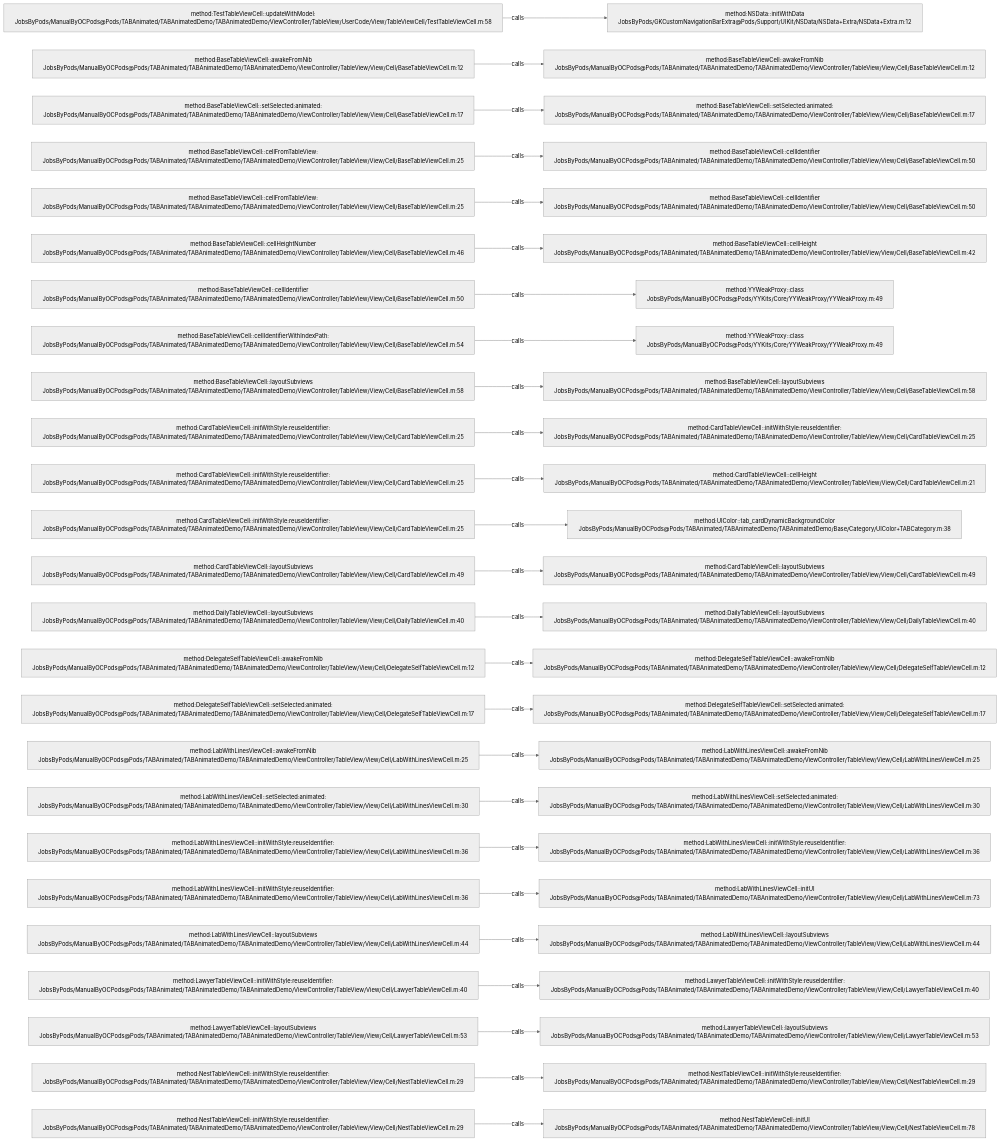
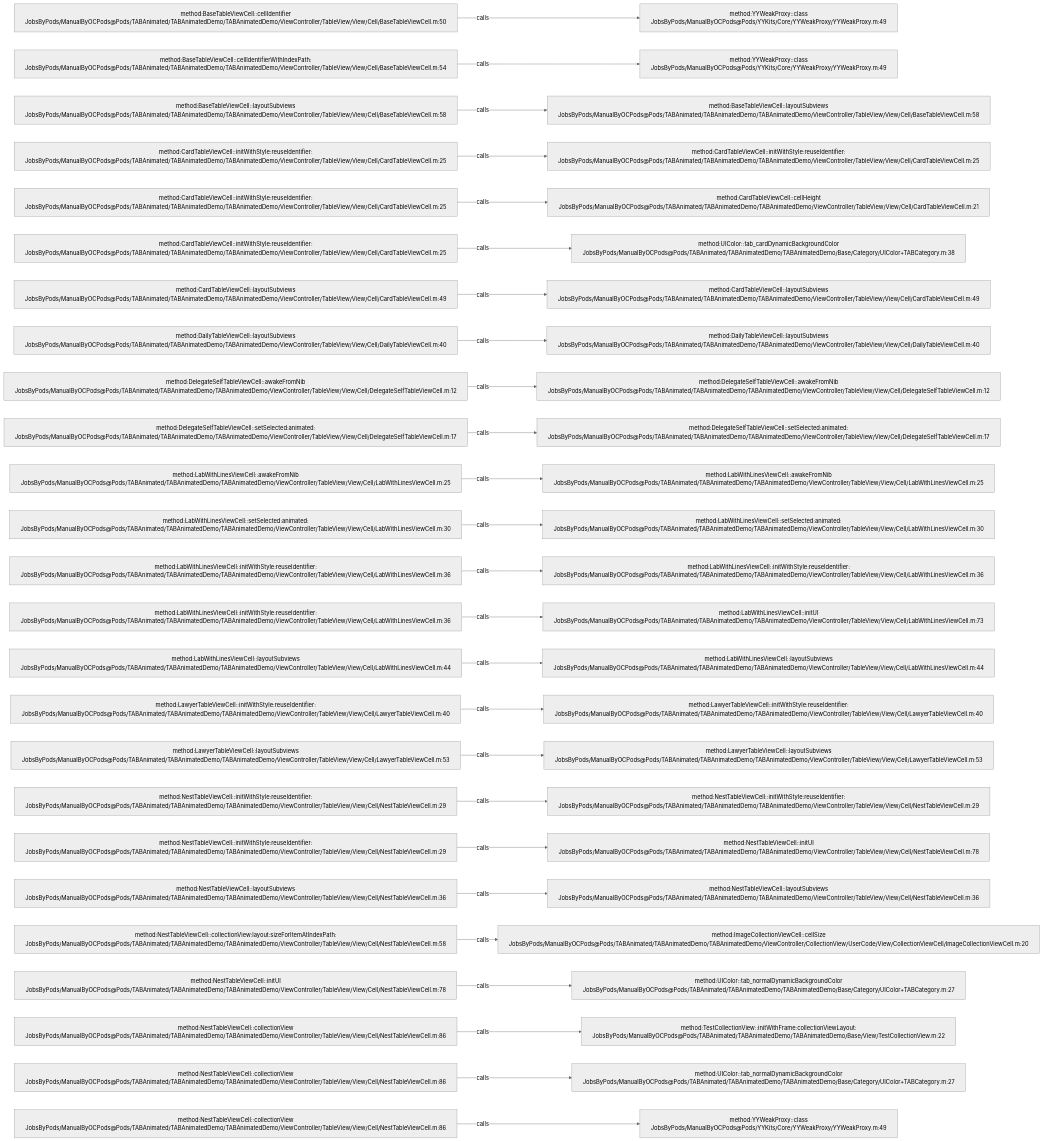
One commit to JobsKits/JobsOCBaseConfigDemo changed the diagram in .codegraph/codegraph.md/graphs/calls-059.md. Above: the diagram before and after it, drawn with Mermaid (neutral theme). The commit also changed 666 other files, not shown here.

````diff
--- a/.codegraph/codegraph.md/graphs/calls-059.md
+++ b/.codegraph/codegraph.md/graphs/calls-059.md
@@ -13,78 +13,78 @@
 ```mermaid
 flowchart LR
-  S1["method:TestTableViewCell::updateWithModel:<br/>JobsByPods/ManualByOCPods@Pods/TABAnimated/TABAnimatedDemo/TABAnimatedDemo/ViewController/TableView/UserCode/View/TableViewCell/TestTableViewCell.m:58"]
-  T1["method:NSData::initWithData<br/>JobsByPods/GKCustomNavigationBarExtra@Pods/Support/UIKit/NSData/NSData+Extra/NSData+Extra.m:12"]
+  S1["method:BaseTableViewCell::cellIdentifier<br/>JobsByPods/ManualByOCPods@Pods/TABAnimated/TABAnimatedDemo/TABAnimatedDemo/ViewController/TableView/View/Cell/BaseTableViewCell.m:50"]
+  T1["method:YYWeakProxy::class<br/>JobsByPods/ManualByOCPods@Pods/YYKits/Core/YYWeakProxy/YYWeakProxy.m:49"]
   S1 -->|calls| T1
-  S2["method:BaseTableViewCell::awakeFromNib<br/>JobsByPods/ManualByOCPods@Pods/TABAnimated/TABAnimatedDemo/TABAnimatedDemo/ViewController/TableView/View/Cell/BaseTableViewCell.m:12"]
-  T2["method:BaseTableViewCell::awakeFromNib<br/>JobsByPods/ManualByOCPods@Pods/TABAnimated/TABAnimatedDemo/TABAnimatedDemo/ViewController/TableView/View/Cell/BaseTableViewCell.m:12"]
+  S2["method:BaseTableViewCell::cellIdentifierWithIndexPath:<br/>JobsByPods/ManualByOCPods@Pods/TABAnimated/TABAnimatedDemo/TABAnimatedDemo/ViewController/TableView/View/Cell/BaseTableViewCell.m:54"]
+  T2["method:YYWeakProxy::class<br/>JobsByPods/ManualByOCPods@Pods/YYKits/Core/YYWeakProxy/YYWeakProxy.m:49"]
   S2 -->|calls| T2
-  S3["method:BaseTableViewCell::setSelected:animated:<br/>JobsByPods/ManualByOCPods@Pods/TABAnimated/TABAnimatedDemo/TABAnimatedDemo/ViewController/TableView/View/Cell/BaseTableViewCell.m:17"]
-  T3["method:BaseTableViewCell::setSelected:animated:<br/>JobsByPods/ManualByOCPods@Pods/TABAnimated/TABAnimatedDemo/TABAnimatedDemo/ViewController/TableView/View/Cell/BaseTableViewCell.m:17"]
+  S3["method:BaseTableViewCell::layoutSubviews<br/>JobsByPods/ManualByOCPods@Pods/TABAnimated/TABAnimatedDemo/TABAnimatedDemo/ViewController/TableView/View/Cell/BaseTableViewCell.m:58"]
+  T3["method:BaseTableViewCell::layoutSubviews<br/>JobsByPods/ManualByOCPods@Pods/TABAnimated/TABAnimatedDemo/TABAnimatedDemo/ViewController/TableView/View/Cell/BaseTableViewCell.m:58"]
   S3 -->|calls| T3
-  S4["method:BaseTableViewCell::cellFromTableView:<br/>JobsByPods/ManualByOCPods@Pods/TABAnimated/TABAnimatedDemo/TABAnimatedDemo/ViewController/TableView/View/Cell/BaseTableViewCell.m:25"]
-  T4["method:BaseTableViewCell::cellIdentifier<br/>JobsByPods/ManualByOCPods@Pods/TABAnimated/TABAnimatedDemo/TABAnimatedDemo/ViewController/TableView/View/Cell/BaseTableViewCell.m:50"]
+  S4["method:CardTableViewCell::initWithStyle:reuseIdentifier:<br/>JobsByPods/ManualByOCPods@Pods/TABAnimated/TABAnimatedDemo/TABAnimatedDemo/ViewController/TableView/View/Cell/CardTableViewCell.m:25"]
+  T4["method:CardTableViewCell::initWithStyle:reuseIdentifier:<br/>JobsByPods/ManualByOCPods@Pods/TABAnimated/TABAnimatedDemo/TABAnimatedDemo/ViewController/TableView/View/Cell/CardTableViewCell.m:25"]
   S4 -->|calls| T4
-  S5["method:BaseTableViewCell::cellFromTableView:<br/>JobsByPods/ManualByOCPods@Pods/TABAnimated/TABAnimatedDemo/TABAnimatedDemo/ViewController/TableView/View/Cell/BaseTableViewCell.m:25"]
-  T5["method:BaseTableViewCell::cellIdentifier<br/>JobsByPods/ManualByOCPods@Pods/TABAnimated/TABAnimatedDemo/TABAnimatedDemo/ViewController/TableView/View/Cell/BaseTableViewCell.m:50"]
+  S5["method:CardTableViewCell::initWithStyle:reuseIdentifier:<br/>JobsByPods/ManualByOCPods@Pods/TABAnimated/TABAnimatedDemo/TABAnimatedDemo/ViewController/TableView/View/Cell/CardTableViewCell.m:25"]
+  T5["method:CardTableViewCell::cellHeight<br/>JobsByPods/ManualByOCPods@Pods/TABAnimated/TABAnimatedDemo/TABAnimatedDemo/ViewController/TableView/View/Cell/CardTableViewCell.m:21"]
   S5 -->|calls| T5
-  S6["method:BaseTableViewCell::cellHeightNumber<br/>JobsByPods/ManualByOCPods@Pods/TABAnimated/TABAnimatedDemo/TABAnimatedDemo/ViewController/TableView/View/Cell/BaseTableViewCell.m:46"]
-  T6["method:BaseTableViewCell::cellHeight<br/>JobsByPods/ManualByOCPods@Pods/TABAnimated/TABAnimatedDemo/TABAnimatedDemo/ViewController/TableView/View/Cell/BaseTableViewCell.m:42"]
+  S6["method:CardTableViewCell::initWithStyle:reuseIdentifier:<br/>JobsByPods/ManualByOCPods@Pods/TABAnimated/TABAnimatedDemo/TABAnimatedDemo/ViewController/TableView/View/Cell/CardTableViewCell.m:25"]
+  T6["method:UIColor::tab_cardDynamicBackgroundColor<br/>JobsByPods/ManualByOCPods@Pods/TABAnimated/TABAnimatedDemo/TABAnimatedDemo/Base/Category/UIColor+TABCategory.m:38"]
   S6 -->|calls| T6
-  S7["method:BaseTableViewCell::cellIdentifier<br/>JobsByPods/ManualByOCPods@Pods/TABAnimated/TABAnimatedDemo/TABAnimatedDemo/ViewController/TableView/View/Cell/BaseTableViewCell.m:50"]
-  T7["method:YYWeakProxy::class<br/>JobsByPods/ManualByOCPods@Pods/YYKits/Core/YYWeakProxy/YYWeakProxy.m:49"]
+  S7["method:CardTableViewCell::layoutSubviews<br/>JobsByPods/ManualByOCPods@Pods/TABAnimated/TABAnimatedDemo/TABAnimatedDemo/ViewController/TableView/View/Cell/CardTableViewCell.m:49"]
+  T7["method:CardTableViewCell::layoutSubviews<br/>JobsByPods/ManualByOCPods@Pods/TABAnimated/TABAnimatedDemo/TABAnimatedDemo/ViewController/TableView/View/Cell/CardTableViewCell.m:49"]
   S7 -->|calls| T7
-  S8["method:BaseTableViewCell::cellIdentifierWithIndexPath:<br/>JobsByPods/ManualByOCPods@Pods/TABAnimated/TABAnimatedDemo/TABAnimatedDemo/ViewController/TableView/View/Cell/BaseTableViewCell.m:54"]
-  T8["method:YYWeakProxy::class<br/>JobsByPods/ManualByOCPods@Pods/YYKits/Core/YYWeakProxy/YYWeakProxy.m:49"]
+  S8["method:DailyTableViewCell::layoutSubviews<br/>JobsByPods/ManualByOCPods@Pods/TABAnimated/TABAnimatedDemo/TABAnimatedDemo/ViewController/TableView/View/Cell/DailyTableViewCell.m:40"]
+  T8["method:DailyTableViewCell::layoutSubviews<br/>JobsByPods/ManualByOCPods@Pods/TABAnimated/TABAnimatedDemo/TABAnimatedDemo/ViewController/TableView/View/Cell/DailyTableViewCell.m:40"]
   S8 -->|calls| T8
-  S9["method:BaseTableViewCell::layoutSubviews<br/>JobsByPods/ManualByOCPods@Pods/TABAnimated/TABAnimatedDemo/TABAnimatedDemo/ViewController/TableView/View/Cell/BaseTableViewCell.m:58"]
-  T9["method:BaseTableViewCell::layoutSubviews<br/>JobsByPods/ManualByOCPods@Pods/TABAnimated/TABAnimatedDemo/TABAnimatedDemo/ViewController/TableView/View/Cell/BaseTableViewCell.m:58"]
+  S9["method:DelegateSelfTableViewCell::awakeFromNib<br/>JobsByPods/ManualByOCPods@Pods/TABAnimated/TABAnimatedDemo/TABAnimatedDemo/ViewController/TableView/View/Cell/DelegateSelfTableViewCell.m:12"]
+  T9["method:DelegateSelfTableViewCell::awakeFromNib<br/>JobsByPods/ManualByOCPods@Pods/TABAnimated/TABAnimatedDemo/TABAnimatedDemo/ViewController/TableView/View/Cell/DelegateSelfTableViewCell.m:12"]
   S9 -->|calls| T9
-  S10["method:CardTableViewCell::initWithStyle:reuseIdentifier:<br/>JobsByPods/ManualByOCPods@Pods/TABAnimated/TABAnimatedDemo/TABAnimatedDemo/ViewController/TableView/View/Cell/CardTableViewCell.m:25"]
-  T10["method:CardTableViewCell::initWithStyle:reuseIdentifier:<br/>JobsByPods/ManualByOCPods@Pods/TABAnimated/TABAnimatedDemo/TABAnimatedDemo/ViewController/TableView/View/Cell/CardTableViewCell.m:25"]
+  S10["method:DelegateSelfTableViewCell::setSelected:animated:<br/>JobsByPods/ManualByOCPods@Pods/TABAnimated/TABAnimatedDemo/TABAnimatedDemo/ViewController/TableView/View/Cell/DelegateSelfTableViewCell.m:17"]
+  T10["method:DelegateSelfTableViewCell::setSelected:animated:<br/>JobsByPods/ManualByOCPods@Pods/TABAnimated/TABAnimatedDemo/TABAnimatedDemo/ViewController/TableView/View/Cell/DelegateSelfTableViewCell.m:17"]
   S10 -->|calls| T10
-  S11["method:CardTableViewCell::initWithStyle:reuseIdentifier:<br/>JobsByPods/ManualByOCPods@Pods/TABAnimated/TABAnimatedDemo/TABAnimatedDemo/ViewController/TableView/View/Cell/CardTableViewCell.m:25"]
-  T11["method:CardTableViewCell::cellHeight<br/>JobsByPods/ManualByOCPods@Pods/TABAnimated/TABAnimatedDemo/TABAnimatedDemo/ViewController/TableView/View/Cell/CardTableViewCell.m:21"]
+  S11["method:LabWithLinesViewCell::awakeFromNib<br/>JobsByPods/ManualByOCPods@Pods/TABAnimated/TABAnimatedDemo/TABAnimatedDemo/ViewController/TableView/View/Cell/LabWithLinesViewCell.m:25"]
+  T11["method:LabWithLinesViewCell::awakeFromNib<br/>JobsByPods/ManualByOCPods@Pods/TABAnimated/TABAnimatedDemo/TABAnimatedDemo/ViewController/TableView/View/Cell/LabWithLinesViewCell.m:25"]
   S11 -->|calls| T11
-  S12["method:CardTableViewCell::initWithStyle:reuseIdentifier:<br/>JobsByPods/ManualByOCPods@Pods/TABAnimated/TABAnimatedDemo/TABAnimatedDemo/ViewController/TableView/View/Cell/CardTableViewCell.m:25"]
-  T12["method:UIColor::tab_cardDynamicBackgroundColor<br/>JobsByPods/ManualByOCPods@Pods/TABAnimated/TABAnimatedDemo/TABAnimatedDemo/Base/Category/UIColor+TABCategory.m:38"]
+  S12["method:LabWithLinesViewCell::setSelected:animated:<br/>JobsByPods/ManualByOCPods@Pods/TABAnimated/TABAnimatedDemo/TABAnimatedDemo/ViewController/TableView/View/Cell/LabWithLinesViewCell.m:30"]
+  T12["method:LabWithLinesViewCell::setSelected:animated:<br/>JobsByPods/ManualByOCPods@Pods/TABAnimated/TABAnimatedDemo/TABAnimatedDemo/ViewController/TableView/View/Cell/LabWithLinesViewCell.m:30"]
   S12 -->|calls| T12
-  S13["method:CardTableViewCell::layoutSubviews<br/>JobsByPods/ManualByOCPods@Pods/TABAnimated/TABAnimatedDemo/TABAnimatedDemo/ViewController/TableView/View/Cell/CardTableViewCell.m:49"]
-  T13["method:CardTableViewCell::layoutSubviews<br/>JobsByPods/ManualByOCPods@Pods/TABAnimated/TABAnimatedDemo/TABAnimatedDemo/ViewController/TableView/View/Cell/CardTableViewCell.m:49"]
+  S13["method:LabWithLinesViewCell::initWithStyle:reuseIdentifier:<br/>JobsByPods/ManualByOCPods@Pods/TABAnimated/TABAnimatedDemo/TABAnimatedDemo/ViewController/TableView/View/Cell/LabWithLinesViewCell.m:36"]
+  T13["method:LabWithLinesViewCell::initWithStyle:reuseIdentifier:<br/>JobsByPods/ManualByOCPods@Pods/TABAnimated/TABAnimatedDemo/TABAnimatedDemo/ViewController/TableView/View/Cell/LabWithLinesViewCell.m:36"]
   S13 -->|calls| T13
-  S14["method:DailyTableViewCell::layoutSubviews<br/>JobsByPods/ManualByOCPods@Pods/TABAnimated/TABAnimatedDemo/TABAnimatedDemo/ViewController/TableView/View/Cell/DailyTableViewCell.m:40"]
-  T14["method:DailyTableViewCell::layoutSubviews<br/>JobsByPods/ManualByOCPods@Pods/TABAnimated/TABAnimatedDemo/TABAnimatedDemo/ViewController/TableView/View/Cell/DailyTableViewCell.m:40"]
+  S14["method:LabWithLinesViewCell::initWithStyle:reuseIdentifier:<br/>JobsByPods/ManualByOCPods@Pods/TABAnimated/TABAnimatedDemo/TABAnimatedDemo/ViewController/TableView/View/Cell/LabWithLinesViewCell.m:36"]
+  T14["method:LabWithLinesViewCell::initUI<br/>JobsByPods/ManualByOCPods@Pods/TABAnimated/TABAnimatedDemo/TABAnimatedDemo/ViewController/TableView/View/Cell/LabWithLinesViewCell.m:73"]
   S14 -->|calls| T14
-  S15["method:DelegateSelfTableViewCell::awakeFromNib<br/>JobsByPods/ManualByOCPods@Pods/TABAnimated/TABAnimatedDemo/TABAnimatedDemo/ViewController/TableView/View/Cell/DelegateSelfTableViewCell.m:12"]
-  T15["method:DelegateSelfTableViewCell::awakeFromNib<br/>JobsByPods/ManualByOCPods@Pods/TABAnimated/TABAnimatedDemo/TABAnimatedDemo/ViewController/TableView/View/Cell/DelegateSelfTableViewCell.m:12"]
+  S15["method:LabWithLinesViewCell::layoutSubviews<br/>JobsByPods/ManualByOCPods@Pods/TABAnimated/TABAnimatedDemo/TABAnimatedDemo/ViewController/TableView/View/Cell/LabWithLinesViewCell.m:44"]
+  T15["method:LabWithLinesViewCell::layoutSubviews<br/>JobsByPods/ManualByOCPods@Pods/TABAnimated/TABAnimatedDemo/TABAnimatedDemo/ViewController/TableView/View/Cell/LabWithLinesViewCell.m:44"]
   S15 -->|calls| T15
-  S16["method:DelegateSelfTableViewCell::setSelected:animated:<br/>JobsByPods/ManualByOCPods@Pods/TABAnimated/TABAnimatedDemo/TABAnimatedDemo/ViewController/TableView/View/Cell/DelegateSelfTableViewCell.m:17"]
-  T16["method:DelegateSelfTableViewCell::setSelected:animated:<br/>JobsByPods/ManualByOCPods@Pods/TABAnimated/TABAnimatedDemo/TABAnimatedDemo/ViewController/TableView/View/Cell/DelegateSelfTableViewCell.m:17"]
+  S16["method:LawyerTableViewCell::initWithStyle:reuseIdentifier:<br/>JobsByPods/ManualByOCPods@Pods/TABAnimated/TABAnimatedDemo/TABAnimatedDemo/ViewController/TableView/View/Cell/LawyerTableViewCell.m:40"]
+  T16["method:LawyerTableViewCell::initWithStyle:reuseIdentifier:<br/>JobsByPods/ManualByOCPods@Pods/TABAnimated/TABAnimatedDemo/TABAnimatedDemo/ViewController/TableView/View/Cell/LawyerTableViewCell.m:40"]
   S16 -->|calls| T16
-  S17["method:LabWithLinesViewCell::awakeFromNib<br/>JobsByPods/ManualByOCPods@Pods/TABAnimated/TABAnimatedDemo/TABAnimatedDemo/ViewController/TableView/View/Cell/LabWithLinesViewCell.m:25"]
-  T17["method:LabWithLinesViewCell::awakeFromNib<br/>JobsByPods/ManualByOCPods@Pods/TABAnimated/TABAnimatedDemo/TABAnimatedDemo/ViewController/TableView/View/Cell/LabWithLinesViewCell.m:25"]
+  S17["method:LawyerTableViewCell::layoutSubviews<br/>JobsByPods/ManualByOCPods@Pods/TABAnimated/TABAnimatedDemo/TABAnimatedDemo/ViewController/TableView/View/Cell/LawyerTableViewCell.m:53"]
+  T17["method:LawyerTableViewCell::layoutSubviews<br/>JobsByPods/ManualByOCPods@Pods/TABAnimated/TABAnimatedDemo/TABAnimatedDemo/ViewController/TableView/View/Cell/LawyerTableViewCell.m:53"]
   S17 -->|calls| T17
-  S18["method:LabWithLinesViewCell::setSelected:animated:<br/>JobsByPods/ManualByOCPods@Pods/TABAnimated/TABAnimatedDemo/TABAnimatedDemo/ViewController/TableView/View/Cell/LabWithLinesViewCell.m:30"]
-  T18["method:LabWithLinesViewCell::setSelected:animated:<br/>JobsByPods/ManualByOCPods@Pods/TABAnimated/TABAnimatedDemo/TABAnimatedDemo/ViewController/TableView/View/Cell/LabWithLinesViewCell.m:30"]
+  S18["method:NestTableViewCell::initWithStyle:reuseIdentifier:<br/>JobsByPods/ManualByOCPods@Pods/TABAnimated/TABAnimatedDemo/TABAnimatedDemo/ViewController/TableView/View/Cell/NestTableViewCell.m:29"]
+  T18["method:NestTableViewCell::initWithStyle:reuseIdentifier:<br/>JobsByPods/ManualByOCPods@Pods/TABAnimated/TABAnimatedDemo/TABAnimatedDemo/ViewController/TableView/View/Cell/NestTableViewCell.m:29"]
   S18 -->|calls| T18
-  S19["method:LabWithLinesViewCell::initWithStyle:reuseIdentifier:<br/>JobsByPods/ManualByOCPods@Pods/TABAnimated/TABAnimatedDemo/TABAnimatedDemo/ViewController/TableView/View/Cell/LabWithLinesViewCell.m:36"]
-  T19["method:LabWithLinesViewCell::initWithStyle:reuseIdentifier:<br/>JobsByPods/ManualByOCPods@Pods/TABAnimated/TABAnimatedDemo/TABAnimatedDemo/ViewController/TableView/View/Cell/LabWithLinesViewCell.m:36"]
+  S19["method:NestTableViewCell::initWithStyle:reuseIdentifier:<br/>JobsByPods/ManualByOCPods@Pods/TABAnimated/TABAnimatedDemo/TABAnimatedDemo/ViewController/TableView/View/Cell/NestTableViewCell.m:29"]
+  T19["method:NestTableViewCell::initUI<br/>JobsByPods/ManualByOCPods@Pods/TABAnimated/TABAnimatedDemo/TABAnimatedDemo/ViewController/TableView/View/Cell/NestTableViewCell.m:78"]
   S19 -->|calls| T19
-  S20["method:LabWithLinesViewCell::initWithStyle:reuseIdentifier:<br/>JobsByPods/ManualByOCPods@Pods/TABAnimated/TABAnimatedDemo/TABAnimatedDemo/ViewController/TableView/View/Cell/LabWithLinesViewCell.m:36"]
-  T20["method:LabWithLinesViewCell::initUI<br/>JobsByPods/ManualByOCPods@Pods/TABAnimated/TABAnimatedDemo/TABAnimatedDemo/ViewController/TableView/View/Cell/LabWithLinesViewCell.m:73"]
+  S20["method:NestTableViewCell::layoutSubviews<br/>JobsByPods/ManualByOCPods@Pods/TABAnimated/TABAnimatedDemo/TABAnimatedDemo/ViewController/TableView/View/Cell/NestTableViewCell.m:36"]
+  T20["method:NestTableViewCell::layoutSubviews<br/>JobsByPods/ManualByOCPods@Pods/TABAnimated/TABAnimatedDemo/TABAnimatedDemo/ViewController/TableView/View/Cell/NestTableViewCell.m:36"]
   S20 -->|calls| T20
-  S21["method:LabWithLinesViewCell::layoutSubviews<br/>JobsByPods/ManualByOCPods@Pods/TABAnimated/TABAnimatedDemo/TABAnimatedDemo/ViewController/TableView/View/Cell/LabWithLinesViewCell.m:44"]
-  T21["method:LabWithLinesViewCell::layoutSubviews<br/>JobsByPods/ManualByOCPods@Pods/TABAnimated/TABAnimatedDemo/TABAnimatedDemo/ViewController/TableView/View/Cell/LabWithLinesViewCell.m:44"]
+  S21["method:NestTableViewCell::collectionView:layout:sizeForItemAtIndexPath:<br/>JobsByPods/ManualByOCPods@Pods/TABAnimated/TABAnimatedDemo/TABAnimatedDemo/ViewController/TableView/View/Cell/NestTableViewCell.m:58"]
+  T21["method:ImageCollectionViewCell::cellSize<br/>JobsByPods/ManualByOCPods@Pods/TABAnimated/TABAnimatedDemo/TABAnimatedDemo/ViewController/CollectionView/UserCode/View/CollectionViewCell/ImageCollectionViewCell.m:20"]
   S21 -->|calls| T21
-  S22["method:LawyerTableViewCell::initWithStyle:reuseIdentifier:<br/>JobsByPods/ManualByOCPods@Pods/TABAnimated/TABAnimatedDemo/TABAnimatedDemo/ViewController/TableView/View/Cell/LawyerTableViewCell.m:40"]
-  T22["method:LawyerTableViewCell::initWithStyle:reuseIdentifier:<br/>JobsByPods/ManualByOCPods@Pods/TABAnimated/TABAnimatedDemo/TABAnimatedDemo/ViewController/TableView/View/Cell/LawyerTableViewCell.m:40"]
+  S22["method:NestTableViewCell::initUI<br/>JobsByPods/ManualByOCPods@Pods/TABAnimated/TABAnimatedDemo/TABAnimatedDemo/ViewController/TableView/View/Cell/NestTableViewCell.m:78"]
+  T22["method:UIColor::tab_normalDynamicBackgroundColor<br/>JobsByPods/ManualByOCPods@Pods/TABAnimated/TABAnimatedDemo/TABAnimatedDemo/Base/Category/UIColor+TABCategory.m:27"]
   S22 -->|calls| T22
-  S23["method:LawyerTableViewCell::layoutSubviews<br/>JobsByPods/ManualByOCPods@Pods/TABAnimated/TABAnimatedDemo/TABAnimatedDemo/ViewController/TableView/View/Cell/LawyerTableViewCell.m:53"]
-  T23["method:LawyerTableViewCell::layoutSubviews<br/>JobsByPods/ManualByOCPods@Pods/TABAnimated/TABAnimatedDemo/TABAnimatedDemo/ViewController/TableView/View/Cell/LawyerTableViewCell.m:53"]
+  S23["method:NestTableViewCell::collectionView<br/>JobsByPods/ManualByOCPods@Pods/TABAnimated/TABAnimatedDemo/TABAnimatedDemo/ViewController/TableView/View/Cell/NestTableViewCell.m:86"]
+  T23["method:TestCollectionView::initWithFrame:collectionViewLayout:<br/>JobsByPods/ManualByOCPods@Pods/TABAnimated/TABAnimatedDemo/TABAnimatedDemo/Base/View/TestCollectionView.m:22"]
   S23 -->|calls| T23
-  S24["method:NestTableViewCell::initWithStyle:reuseIdentifier:<br/>JobsByPods/ManualByOCPods@Pods/TABAnimated/TABAnimatedDemo/TABAnimatedDemo/ViewController/TableView/View/Cell/NestTableViewCell.m:29"]
-  T24["method:NestTableViewCell::initWithStyle:reuseIdentifier:<br/>JobsByPods/ManualByOCPods@Pods/TABAnimated/TABAnimatedDemo/TABAnimatedDemo/ViewController/TableView/View/Cell/NestTableViewCell.m:29"]
+  S24["method:NestTableViewCell::collectionView<br/>JobsByPods/ManualByOCPods@Pods/TABAnimated/TABAnimatedDemo/TABAnimatedDemo/ViewController/TableView/View/Cell/NestTableViewCell.m:86"]
+  T24["method:UIColor::tab_normalDynamicBackgroundColor<br/>JobsByPods/ManualByOCPods@Pods/TABAnimated/TABAnimatedDemo/TABAnimatedDemo/Base/Category/UIColor+TABCategory.m:27"]
   S24 -->|calls| T24
-  S25["method:NestTableViewCell::initWithStyle:reuseIdentifier:<br/>JobsByPods/ManualByOCPods@Pods/TABAnimated/TABAnimatedDemo/TABAnimatedDemo/ViewController/TableView/View/Cell/NestTableViewCell.m:29"]
-  T25["method:NestTableViewCell::initUI<br/>JobsByPods/ManualByOCPods@Pods/TABAnimated/TABAnimatedDemo/TABAnimatedDemo/ViewController/TableView/View/Cell/NestTableViewCell.m:78"]
+  S25["method:NestTableViewCell::collectionView<br/>JobsByPods/ManualByOCPods@Pods/TABAnimated/TABAnimatedDemo/TABAnimatedDemo/ViewController/TableView/View/Cell/NestTableViewCell.m:86"]
+  T25["method:YYWeakProxy::class<br/>JobsByPods/ManualByOCPods@Pods/YYKits/Core/YYWeakProxy/YYWeakProxy.m:49"]
   S25 -->|calls| T25
 ```
````
